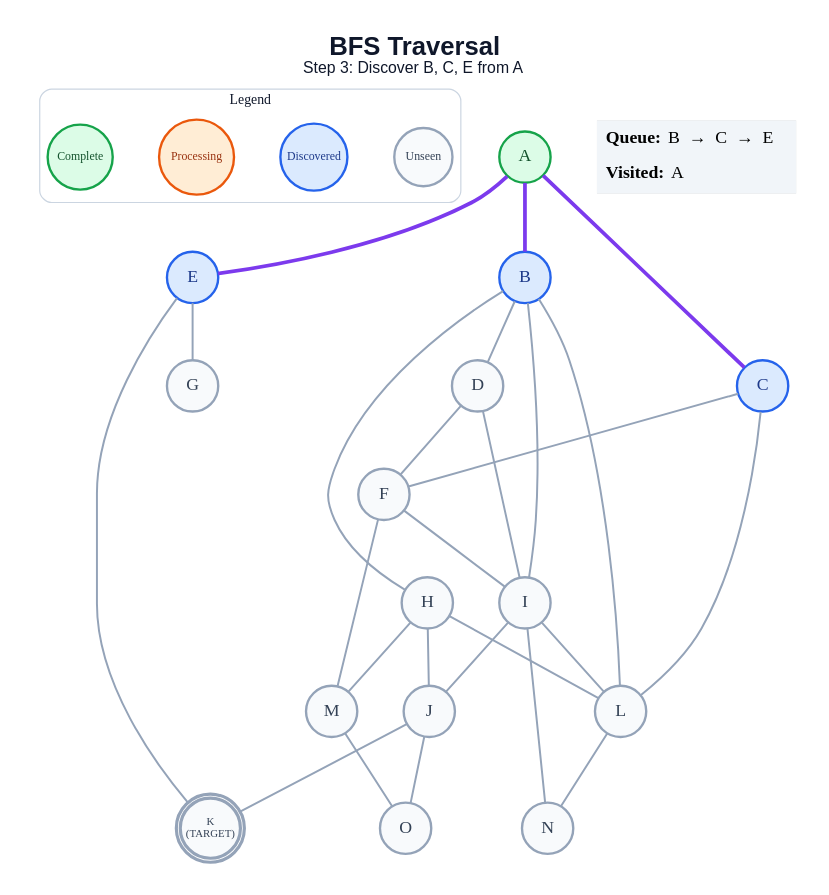
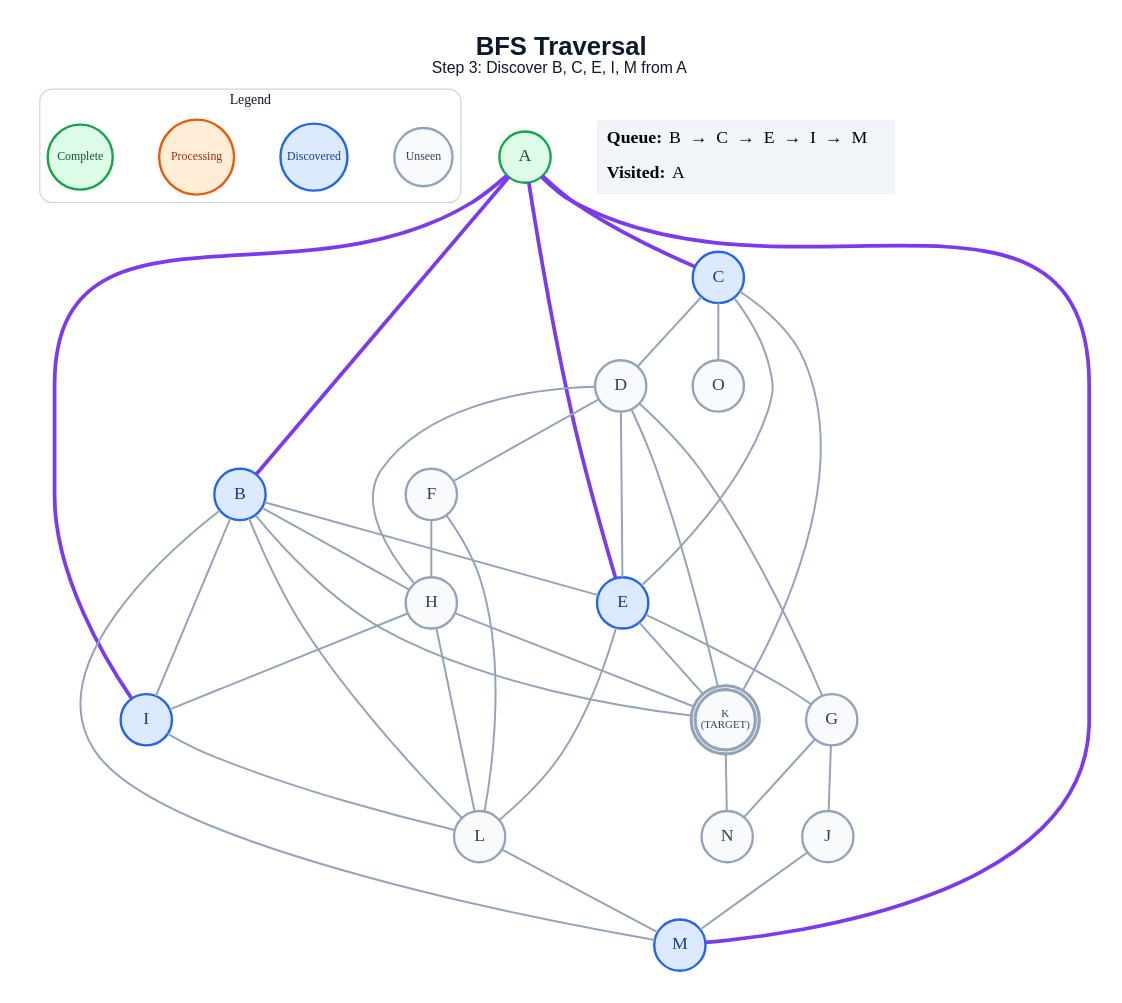
The diagram in generated/specific-node/bfs/step_03.dot (anon7238593-create/ai-slop), drawn with Graphviz before and after one commit. The commit also changed 241 other files, not shown here.

```diff
--- a/generated/specific-node/bfs/step_03.dot
+++ b/generated/specific-node/bfs/step_03.dot
@@ -1,59 +1,68 @@
 graph traversal {
   graph [layout=dot, rankdir=TB, bgcolor="#FFFFFF", pad="0.35", nodesep="0.65", ranksep="0.8", fontname="Arial"];
   node [shape=circle, style="filled", fontname="Arial Bold", fontsize=18, width=0.72, fixedsize=true, penwidth=2.4];
   edge [color="#94A3B8", penwidth=2.0];
-  label=<<B>BFS Traversal</B><BR/><FONT POINT-SIZE="16">Step 3: Discover B, C, E from A</FONT>>; labelloc="t"; fontsize=26; fontname="Arial"; fontcolor="#0F172A";
+  label=<<B>BFS Traversal</B><BR/><FONT POINT-SIZE="16">Step 3: Discover B, C, E, I, M from A</FONT>>; labelloc="t"; fontsize=26; fontname="Arial"; fontcolor="#0F172A";
   subgraph cluster_legend { label="Legend"; color="#CBD5E1"; penwidth=1.2; style="rounded"; fontsize=14; fontname="Arial Bold";
     key_unseen [label="Unseen", fillcolor="#F8FAFC", color="#94A3B8", fontcolor="#334155", fontsize=12, width=0.82];
     key_frontier [label="Discovered", fillcolor="#DBEAFE", color="#2563EB", fontcolor="#1E3A8A", fontsize=12, width=0.95];
     key_current [label="Processing", fillcolor="#FFEDD5", color="#EA580C", fontcolor="#9A3412", fontsize=12, width=1.05];
     key_done [label="Complete", fillcolor="#DCFCE7", color="#16A34A", fontcolor="#14532D", fontsize=12, width=0.92];
     { rank=same; key_unseen; key_frontier; key_current; key_done; }
   }
   A [label="A", fillcolor="#DCFCE7", color="#16A34A", fontcolor="#14532D", peripheries=1, penwidth=2.4];
   B [label="B", fillcolor="#DBEAFE", color="#2563EB", fontcolor="#1E3A8A", peripheries=1, penwidth=2.4];
   C [label="C", fillcolor="#DBEAFE", color="#2563EB", fontcolor="#1E3A8A", peripheries=1, penwidth=2.4];
   D [label="D", fillcolor="#F8FAFC", color="#94A3B8", fontcolor="#334155", peripheries=1, penwidth=2.4];
   E [label="E", fillcolor="#DBEAFE", color="#2563EB", fontcolor="#1E3A8A", peripheries=1, penwidth=2.4];
   F [label="F", fillcolor="#F8FAFC", color="#94A3B8", fontcolor="#334155", peripheries=1, penwidth=2.4];
   G [label="G", fillcolor="#F8FAFC", color="#94A3B8", fontcolor="#334155", peripheries=1, penwidth=2.4];
   H [label="H", fillcolor="#F8FAFC", color="#94A3B8", fontcolor="#334155", peripheries=1, penwidth=2.4];
-  I [label="I", fillcolor="#F8FAFC", color="#94A3B8", fontcolor="#334155", peripheries=1, penwidth=2.4];
+  I [label="I", fillcolor="#DBEAFE", color="#2563EB", fontcolor="#1E3A8A", peripheries=1, penwidth=2.4];
   J [label="J", fillcolor="#F8FAFC", color="#94A3B8", fontcolor="#334155", peripheries=1, penwidth=2.4];
   K [label="K\n(TARGET)", fillcolor="#F8FAFC", color="#94A3B8", fontcolor="#334155", peripheries=2, penwidth=3.2, fontsize=11, width=0.85, height=0.85];
   L [label="L", fillcolor="#F8FAFC", color="#94A3B8", fontcolor="#334155", peripheries=1, penwidth=2.4];
-  M [label="M", fillcolor="#F8FAFC", color="#94A3B8", fontcolor="#334155", peripheries=1, penwidth=2.4];
+  M [label="M", fillcolor="#DBEAFE", color="#2563EB", fontcolor="#1E3A8A", peripheries=1, penwidth=2.4];
   N [label="N", fillcolor="#F8FAFC", color="#94A3B8", fontcolor="#334155", peripheries=1, penwidth=2.4];
   O [label="O", fillcolor="#F8FAFC", color="#94A3B8", fontcolor="#334155", peripheries=1, penwidth=2.4];
   A -- B [color="#7C3AED", penwidth=3.8];
   A -- C [color="#7C3AED", penwidth=3.8];
   A -- E [color="#7C3AED", penwidth=3.8];
-  B -- D;
+  A -- I [color="#7C3AED", penwidth=3.8];
+  A -- M [color="#7C3AED", penwidth=3.8];
+  B -- E;
   B -- H;
   B -- I;
+  B -- K;
   B -- L;
-  C -- F;
-  C -- L;
+  B -- M;
+  C -- D;
+  C -- E;
+  C -- K;
+  C -- O;
+  D -- E;
   D -- F;
-  D -- I;
+  D -- G;
+  D -- H;
+  D -- K;
   E -- G;
   E -- K;
-  F -- I;
-  F -- M;
-  H -- J;
+  E -- L;
+  F -- H;
+  F -- L;
+  G -- J;
+  G -- N;
+  H -- I;
+  H -- K;
   H -- L;
-  H -- M;
-  I -- J;
   I -- L;
-  I -- N;
-  J -- K;
-  J -- O;
-  L -- N;
-  M -- O;
+  J -- M;
+  K -- N;
+  L -- M;
   status [shape=plain, fixedsize=false, width=0, height=0, margin=0, label=<
     <TABLE BORDER="0" CELLBORDER="0" CELLPADDING="7" BGCOLOR="#F1F5F9">
-      <TR><TD ALIGN="LEFT"><B>Queue:</B> B  →  C  →  E</TD></TR>
+      <TR><TD ALIGN="LEFT"><B>Queue:</B> B  →  C  →  E  →  I  →  M</TD></TR>
       <TR><TD ALIGN="LEFT"><B>Visited:</B> A</TD></TR>
     </TABLE>
   >];
 }
```
